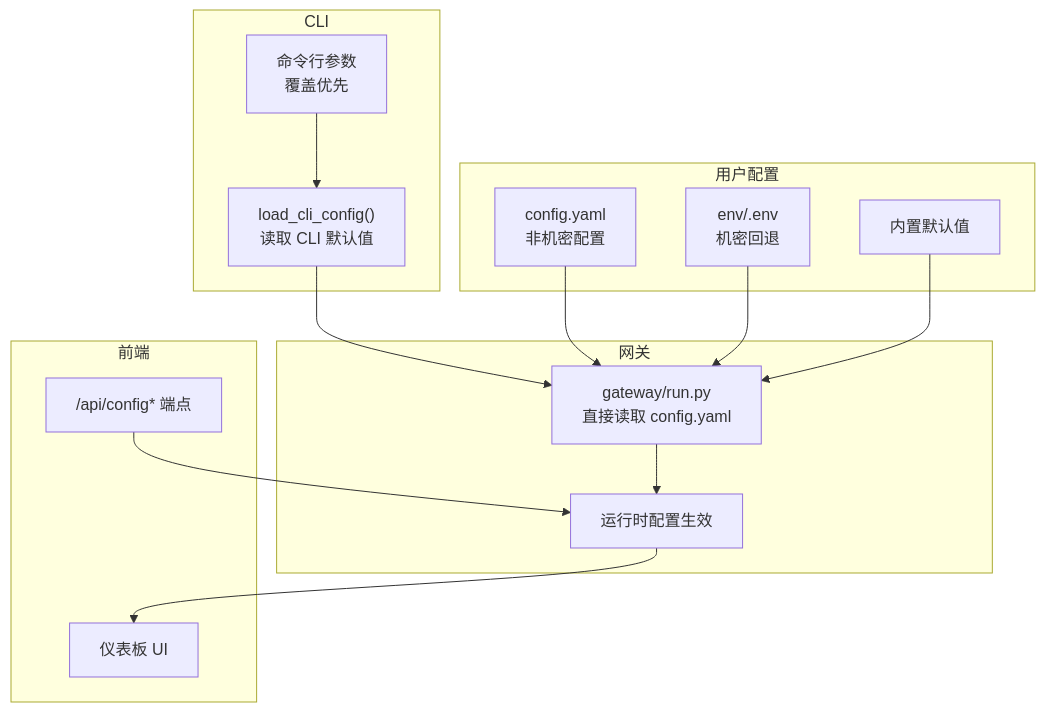
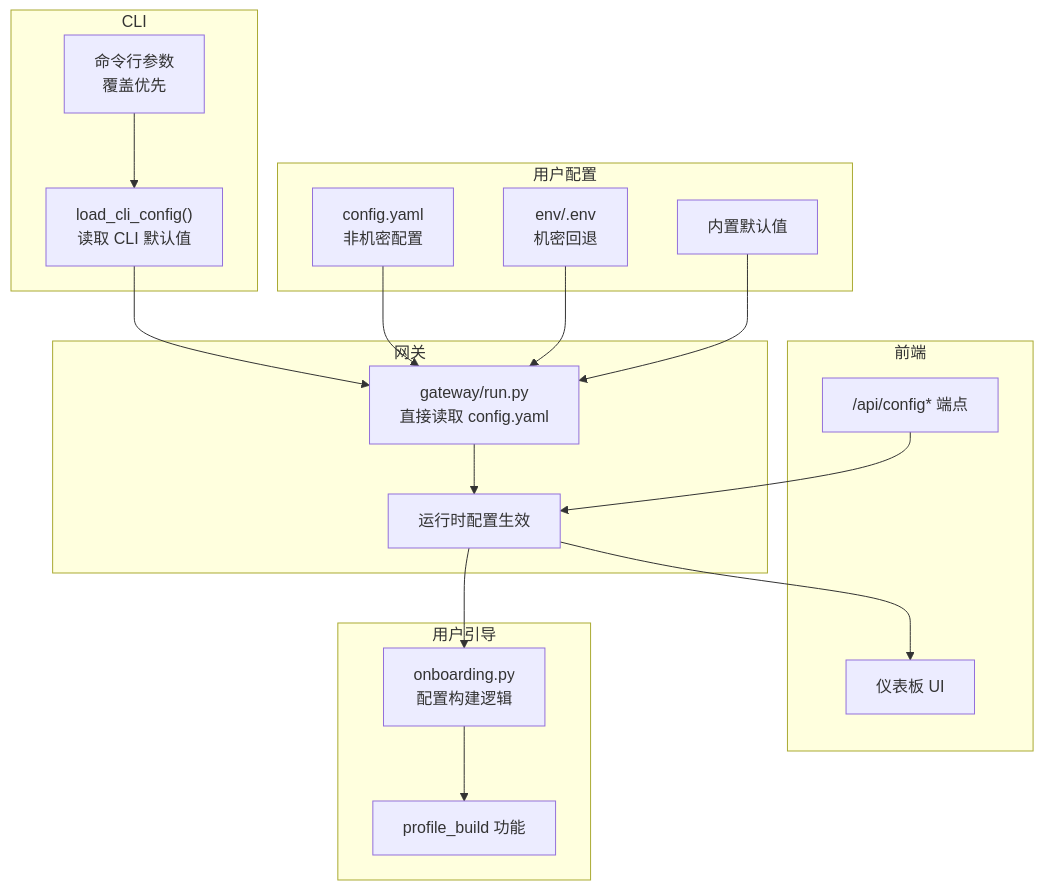
One commit to haolange/hermes-agent changed the second of 5 diagrams in .qoder/repowiki/zh/content/命令行界面/配置管理.md. Above: the diagram before and after it, drawn with Mermaid. The commit also changed other lines of this file and 5 other files, not shown here.

````diff
--- a/.qoder/repowiki/zh/content/命令行界面/配置管理.md
+++ b/.qoder/repowiki/zh/content/命令行界面/配置管理.md
@@ -75,28 +93,34 @@
 ```mermaid
 graph TB
 subgraph "CLI"
 CLI_Load["load_cli_config()<br/>读取 CLI 默认值"]
 CLI_Args["命令行参数<br/>覆盖优先"]
 end
 subgraph "用户配置"
 Yaml["config.yaml<br/>非机密配置"]
 Env["env/.env<br/>机密回退"]
 Defaults["内置默认值"]
 end
 subgraph "网关"
 GW_Load["gateway/run.py<br/>直接读取 config.yaml"]
 GW_Runtime["运行时配置生效"]
 end
 subgraph "前端"
 FE_API["/api/config* 端点"]
 FE_UI["仪表板 UI"]
 end
+subgraph "用户引导"
+Onboarding["onboarding.py<br/>配置构建逻辑"]
+ProfileBuild["profile_build 功能"]
+end
 CLI_Args --> CLI_Load
 CLI_Load --> GW_Load
 Yaml --> GW_Load
 Env --> GW_Load
 Defaults --> GW_Load
 GW_Load --> GW_Runtime
+GW_Runtime --> Onboarding
+Onboarding --> ProfileBuild
 FE_API --> GW_Runtime
 GW_Runtime --> FE_UI
 ```
````
